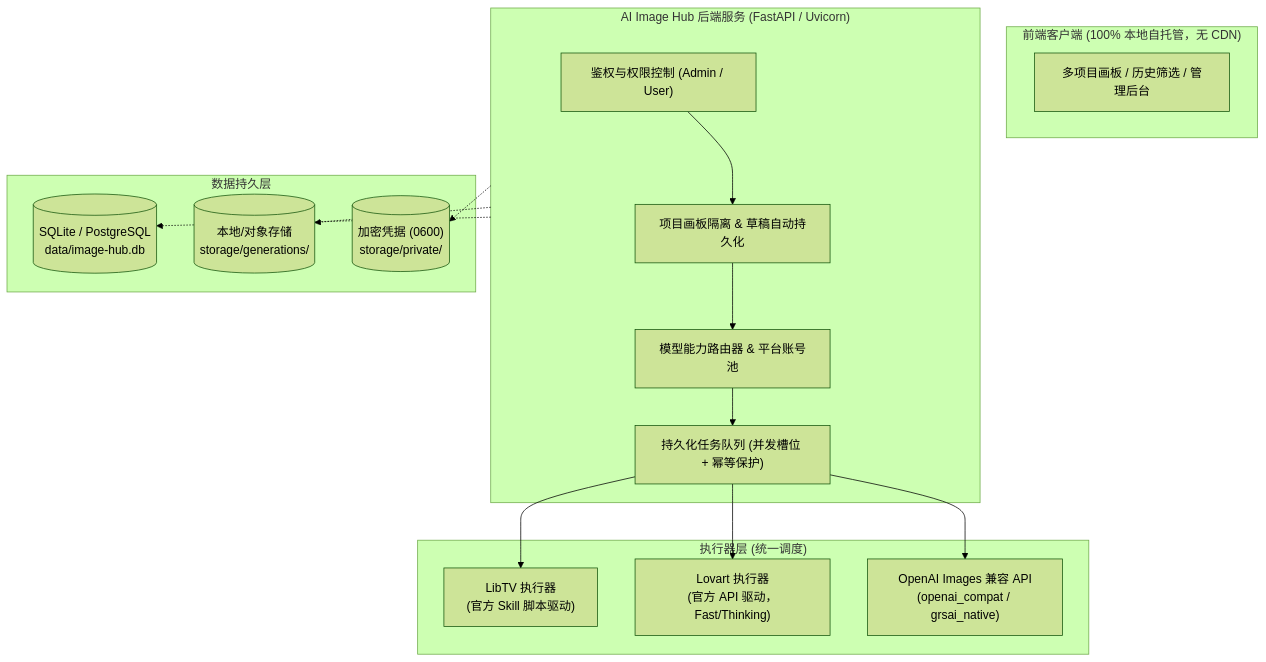
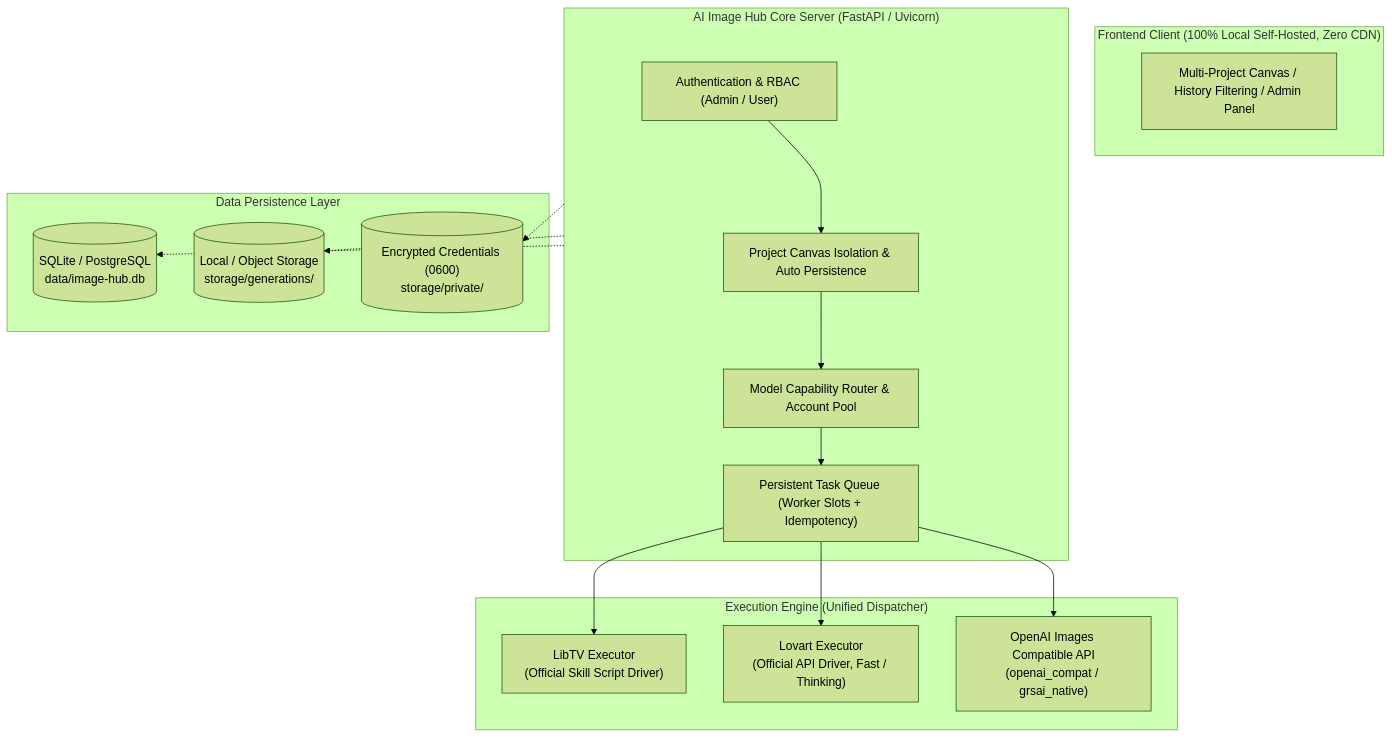
The diagram in README.md (Odd-C/xgm-ai-image-hub), drawn with Mermaid (forest theme) before and after one commit. The commit also changed other lines of this file and 1 other file, not shown here.

````diff
--- a/README.md
+++ b/README.md
@@ -26,35 +28,35 @@
 ```mermaid
 flowchart TD
-    subgraph Client["前端客户端 (100% 本地自托管，无 CDN)"]
-        UI["多项目画板 / 历史筛选 / 管理后台"]
+    subgraph Client["Frontend Client (100% Local Self-Hosted, Zero CDN)"]
+        UI["Multi-Project Canvas / History Filtering / Admin Panel"]
     end
 
-    subgraph Server["AI Image Hub 后端服务 (FastAPI / Uvicorn)"]
-        Auth["鉴权与权限控制 (Admin / User)"]
-        Proj["项目画板隔离 & 草稿自动持久化"]
-        Router["模型能力路由器 & 平台账号池"]
-        Queue["持久化任务队列 (并发槽位 + 幂等保护)"]
+    subgraph Server["AI Image Hub Core Server (FastAPI / Uvicorn)"]
+        Auth["Authentication & RBAC (Admin / User)"]
+        Proj["Project Canvas Isolation & Auto Persistence"]
+        Router["Model Capability Router & Account Pool"]
+        Queue["Persistent Task Queue (Worker Slots + Idempotency)"]
         
         Auth --> Proj --> Router --> Queue
     end
 
-    subgraph Exec["执行器层 (统一调度)"]
-        LibTV["LibTV 执行器<br/>(官方 Skill 脚本驱动)"]
-        Lovart["Lovart 执行器<br/>(官方 API 驱动，Fast/Thinking)"]
-        OpenAI["OpenAI Images 兼容 API<br/>(openai_compat / grsai_native)"]
+    subgraph Exec["Execution Engine (Unified Dispatcher)"]
+        LibTV["LibTV Executor<br/>(Official Skill Script Driver)"]
+        Lovart["Lovart Executor<br/>(Official API Driver, Fast / Thinking)"]
+        OpenAI["OpenAI Images Compatible API<br/>(openai_compat / grsai_native)"]
         
         Queue --> LibTV
         Queue --> Lovart
         Queue --> OpenAI
     end
 
-    subgraph Storage["数据持久层"]
+    subgraph Storage["Data Persistence Layer"]
         DB[("SQLite / PostgreSQL<br/>data/image-hub.db")]
-        Files[("本地/对象存储<br/>storage/generations/")]
-        Creds[("加密凭据 (0600)<br/>storage/private/")]
+        Files[("Local / Object Storage<br/>storage/generations/")]
+        Creds[("Encrypted Credentials (0600)<br/>storage/private/")]
     end
 
     Server -.-> DB
     Server -.-> Files
     Server -.-> Creds
 ```
````
